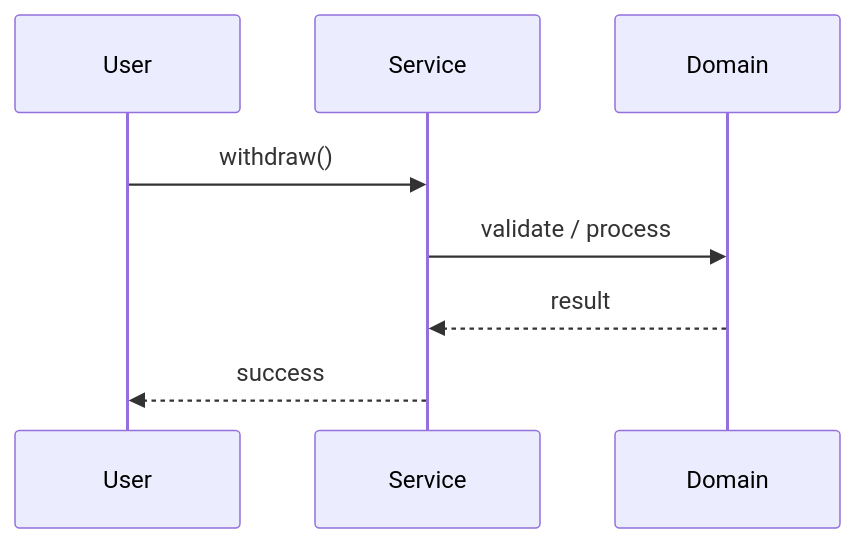
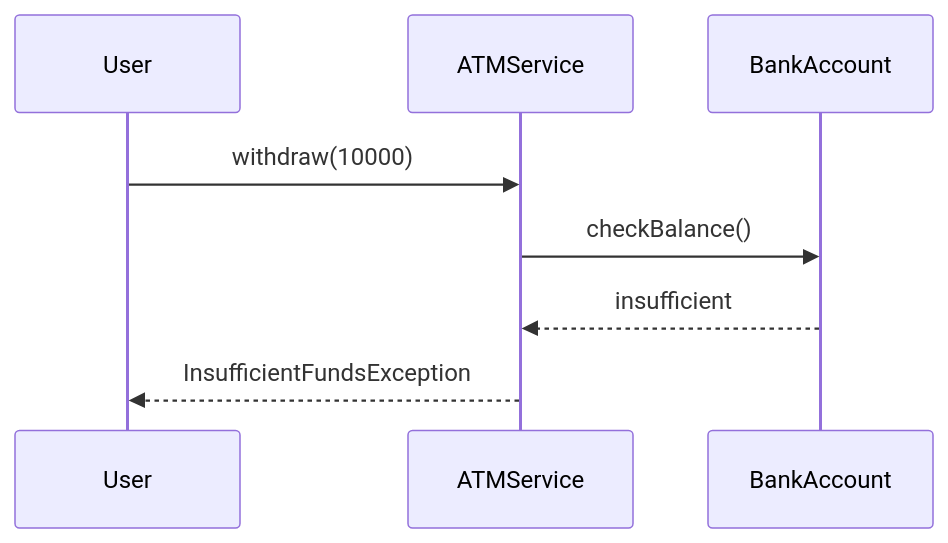
One commit to madhupaila/Interview-Prep-SSE changed the third of 3 diagrams in Learn/System Design - Low Level Design/02-classic-ood/questions/Q11-atm.md. Above: the diagram before and after it, drawn with Mermaid. The commit also changed other lines of this file and 491 other files, not shown here.

````diff
--- a/Learn/System Design - Low Level Design/02-classic-ood/questions/Q11-atm.md
+++ b/Learn/System Design - Low Level Design/02-classic-ood/questions/Q11-atm.md
@@ -122,10 +173,10 @@
 ```mermaid
 sequenceDiagram
-    participant U as User
-    participant S as Service
-    participant D as Domain
-    U->>S: withdraw()
-    S->>D: validate / process
-    D-->>S: result
-    S-->>U: success
+participant U as User
+participant A as ATMService
+participant Acct as BankAccount
+U->>A: withdraw(10000)
+A->>Acct: checkBalance()
+Acct-->>A: insufficient
+A-->>U: InsufficientFundsException
 ```
````
